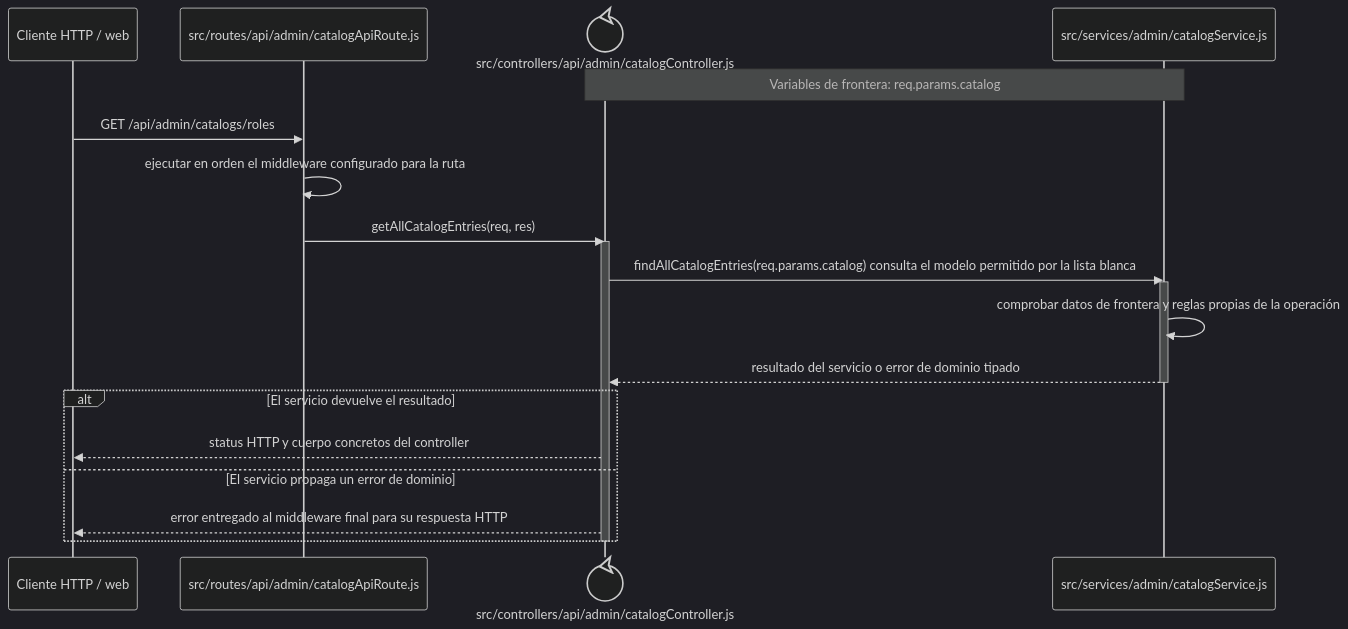
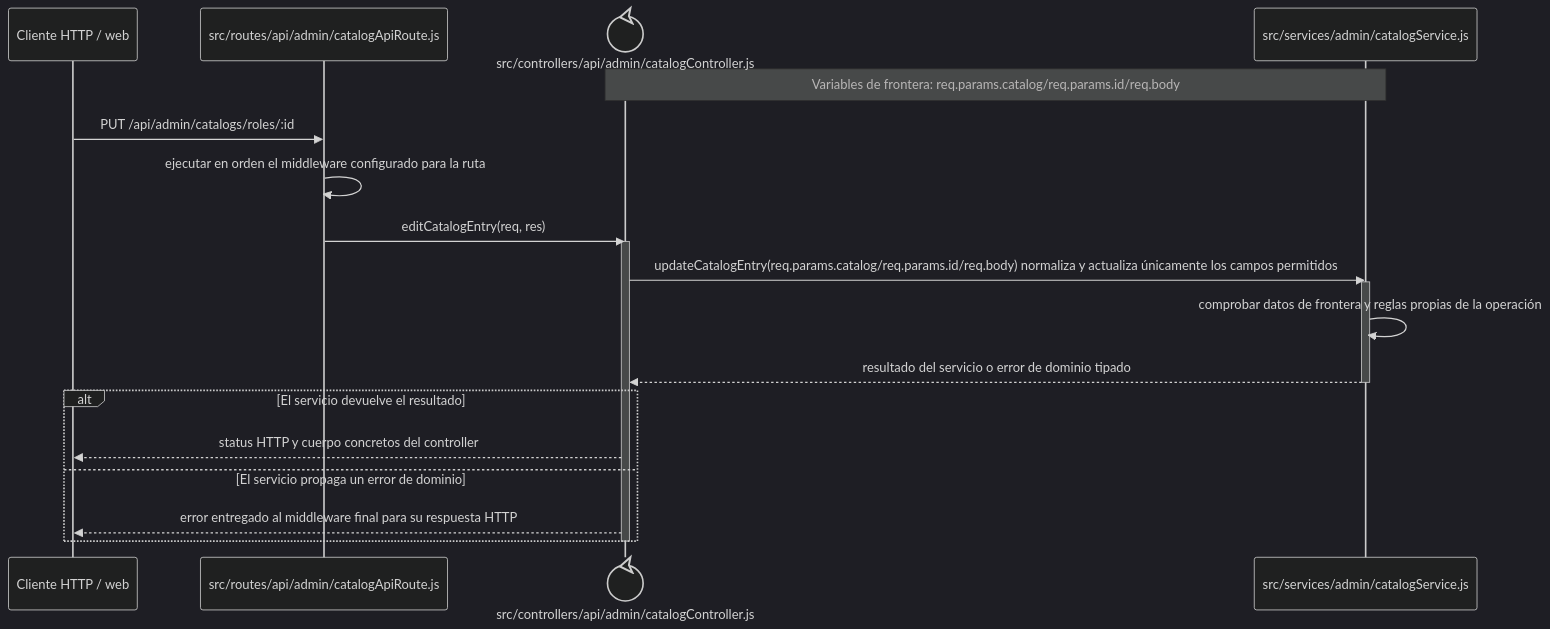
One commit to gpgsistemas01/nexus changed the diagram in docs/architecture/backend-code-sequences/catalogs/cu-cat-30.md. Above: the diagram before and after it, drawn with Mermaid (dark theme). The commit also changed other lines of this file and 207 other files, not shown here.

````diff
--- a/docs/architecture/backend-code-sequences/catalogs/cu-cat-30.md
+++ b/docs/architecture/backend-code-sequences/catalogs/cu-cat-30.md
@@ -6,24 +6,24 @@
 ```mermaid
 sequenceDiagram
     participant Client as Cliente HTTP / web
     participant Route as src/routes/api/admin/catalogApiRoute.js
     participant Controller@{ "type": "control" } as src/controllers/api/admin/catalogController.js
     participant Domain as src/services/admin/catalogService.js
-    Note over Controller,Domain: Variables de frontera: req.params.catalog
+    Note over Controller,Domain: Variables de frontera: req.params.catalog/req.params.id/req.body
 
-    Client->>Route: GET /api/admin/catalogs/roles
+    Client->>Route: PUT /api/admin/catalogs/roles/:id
     Route->>Route: ejecutar en orden el middleware configurado para la ruta
-    Route->>Controller: getAllCatalogEntries(req, res)
+    Route->>Controller: editCatalogEntry(req, res)
     activate Controller
-    Controller->>Domain: findAllCatalogEntries(req.params.catalog) consulta el modelo permitido por la lista blanca
+    Controller->>Domain: updateCatalogEntry(req.params.catalog/req.params.id/req.body) normaliza y actualiza únicamente los campos permitidos
     activate Domain
     Domain->>Domain: comprobar datos de frontera y reglas propias de la operación
     Domain-->>Controller: resultado del servicio o error de dominio tipado
     deactivate Domain
     alt El servicio devuelve el resultado
         Controller-->>Client: status HTTP y cuerpo concretos del controller
     else El servicio propaga un error de dominio
         Controller-->>Client: error entregado al middleware final para su respuesta HTTP
     end
     deactivate Controller
 ```
````
